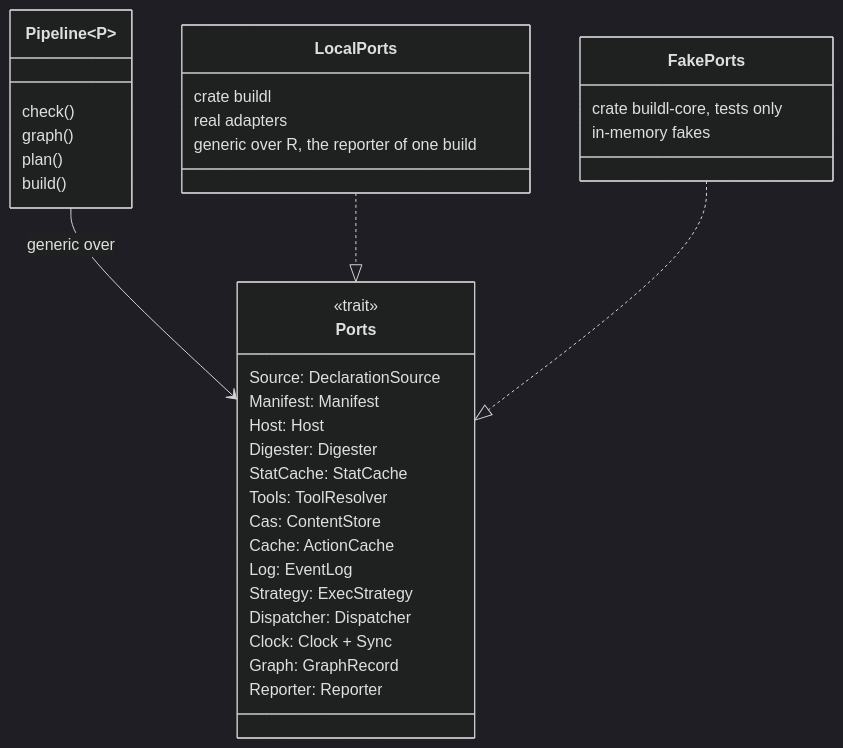
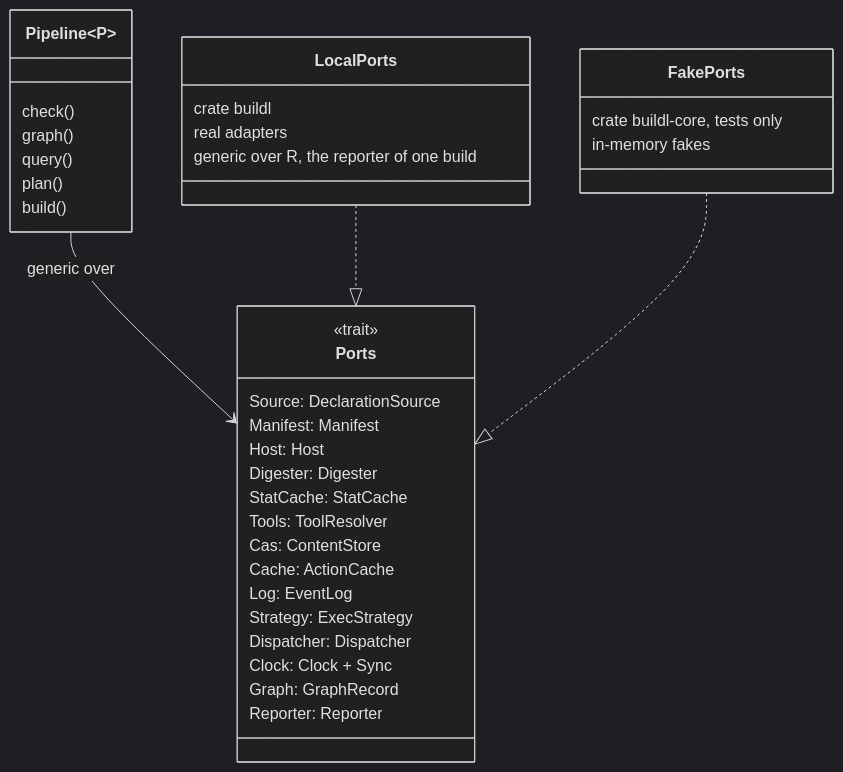
The fifth of 7 diagrams in docs/architecture-building-blocks.md (airsstack/buildl), drawn with Mermaid (dark theme) before and after one commit. The commit also changed other lines of this file and 57 other files, not shown here.

First line of the commit message:
buildl query, and the roadmap as claudestacks-sdlc artifacts (#10)

````diff
--- a/docs/architecture-building-blocks.md
+++ b/docs/architecture-building-blocks.md
@@ -364,39 +364,40 @@
 ```mermaid
 %% C4 level 4 — the Ports bundle and its two implementations
 classDiagram
     class Pipeline~P~ {
         check()
         graph()
+        query()
         plan()
         build()
     }
     class Ports {
         <<trait>>
         Source: DeclarationSource
         Manifest: Manifest
         Host: Host
         Digester: Digester
         StatCache: StatCache
         Tools: ToolResolver
         Cas: ContentStore
         Cache: ActionCache
         Log: EventLog
         Strategy: ExecStrategy
         Dispatcher: Dispatcher
         Clock: Clock + Sync
         Graph: GraphRecord
         Reporter: Reporter
     }
     class LocalPorts {
         crate buildl
         real adapters
         generic over R, the reporter of one build
     }
     class FakePorts {
         crate buildl-core, tests only
         in-memory fakes
     }
     Pipeline --> Ports : generic over
     LocalPorts ..|> Ports
     FakePorts ..|> Ports
 ```
````
